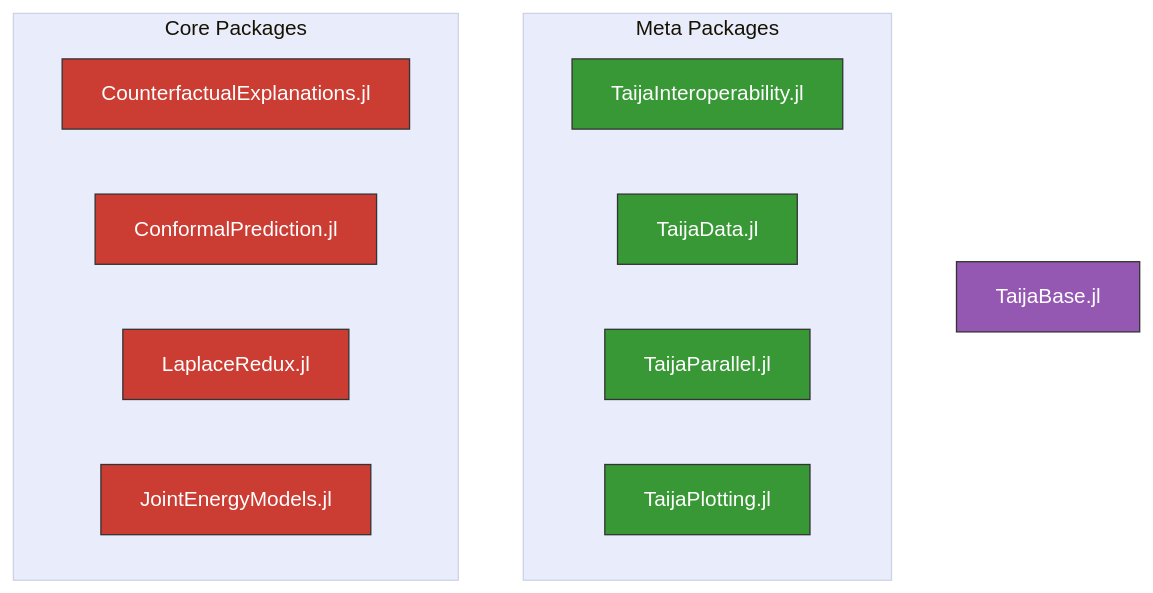
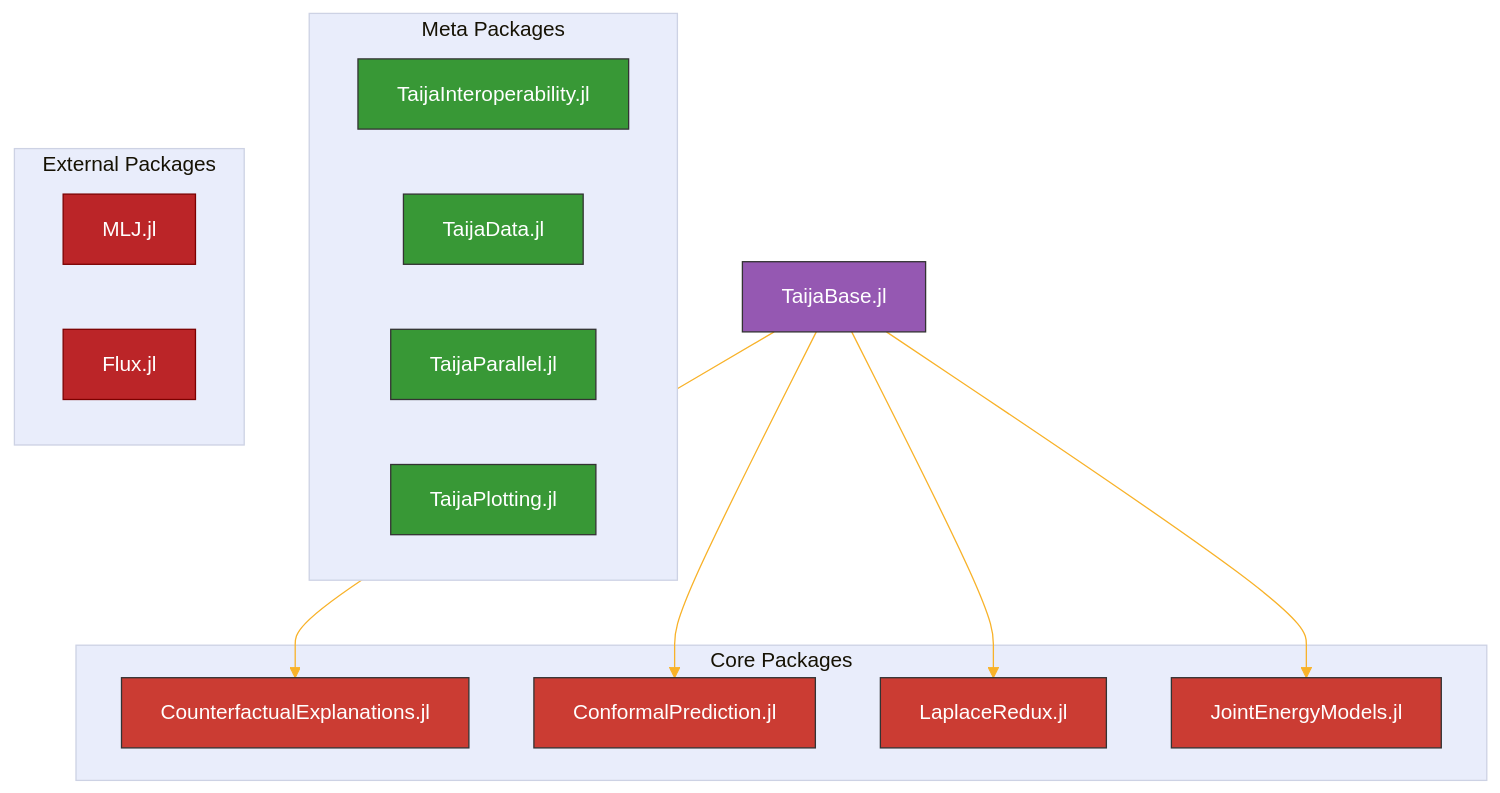
One commit to pat-alt/pat-alt.github.io changed the diagram in content/talks/posts/2024-juliacon/taija-supercomp/presentation.qmd. Above: the diagram before and after it, drawn with Mermaid. The commit also changed other lines of this file and 43 other files, not shown here.

````diff
--- a/content/talks/posts/2024-juliacon/taija-supercomp/presentation.qmd
+++ b/content/talks/posts/2024-juliacon/taija-supercomp/presentation.qmd
@@ -38,54 +28,64 @@
 ```{mermaid}
 %%| echo: false
 %%| label: fig-overview
-%%| fig-cap: "An overview of the Taija ecosystem."
+%%| fig-cap: "Overview of the Taija ecosystem. Early-stage packages ommitted."
 
 %%{
   init: {
     'theme': 'base',
     'themeVariables': {
       'primaryColor': '#BB2528',
       'primaryTextColor': '#fff',
       'primaryBorderColor': '#7C0000',
       'lineColor': '#F8B229',
       'secondaryColor': '#006100',
       'tertiaryColor': '#e9edfb',
       'fontFamily': "avenir"
     }
   }
 }%%
 
 flowchart TB
 
     classDef taija fill:#389836,stroke:#333,color:#fff;
     classDef core fill:#CB3C33,stroke:#333,color:#fff;
     classDef base fill:#9558B2,stroke:#333,color:#fff;
 
     %% Base
     base["TaijaBase.jl"]
 
     %% Meta
     interop["TaijaInteroperability.jl"]
     data["TaijaData.jl"]
     parallel["TaijaParallel.jl"]
     plotting["TaijaPlotting.jl"]
 
     %% Core
     ce["CounterfactualExplanations.jl"]
     cp["ConformalPrediction.jl"]
     lr["LaplaceRedux.jl"]
     jem["JointEnergyModels.jl"]
 
+    %% External
+    mlj["MLJ.jl"]
+    flux["Flux.jl"]
+
     class base base;
     class interop,data,parallel,plotting taija;
     class ce,cp,lr,jem core;
 
     %% Graph
-    subgraph "Meta Packages"
-        data & plotting & parallel & interop
-    end
+    base --> ce & cp & lr & jem
 
     subgraph "Core Packages"
         ce & cp & lr & jem 
     end
+
+    subgraph "Meta Packages"
+        data & plotting & parallel & interop
+    end 
+
+    subgraph "External Packages"
+        mlj & flux
+    end
 ```
````
